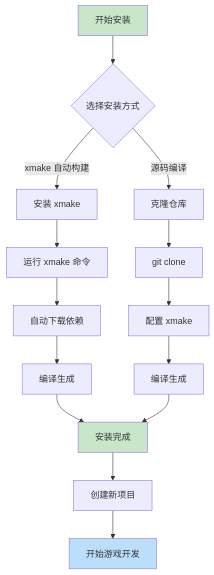
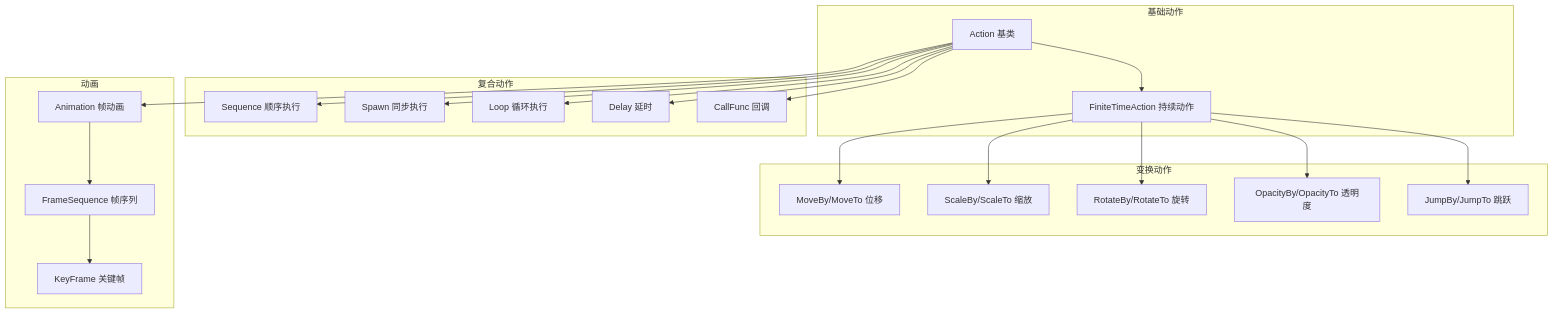
One commit to ChestnutYueyue/Easy2D changed the second of 4 diagrams in README.md. Above: the diagram before and after it, drawn with Mermaid. The commit also changed other lines of this file and 18 other files, not shown here.

````diff
--- a/README.md
+++ b/README.md
@@ -215,25 +118,36 @@
 ```mermaid
-flowchart TD
-    A[开始安装] --> B{选择安装方式}
+flowchart TB
+    subgraph 基础动作
+        A[Action 基类]
+        B[FiniteTimeAction 持续动作]
+    end
     
-    B -->|xmake 自动构建| C[安装 xmake]
-    B -->|源码编译| D[克隆仓库]
+    subgraph 变换动作
+        C[MoveBy/MoveTo 位移]
+        D[ScaleBy/ScaleTo 缩放]
+        E[RotateBy/RotateTo 旋转]
+        F[OpacityBy/OpacityTo 透明度]
+        G[JumpBy/JumpTo 跳跃]
+    end
     
-    C --> E[运行 xmake 命令]
-    E --> F[自动下载依赖]
-    F --> G[编译生成]
+    subgraph 复合动作
+        H[Sequence 顺序执行]
+        I[Spawn 同步执行]
+        J[Loop 循环执行]
+        K[Delay 延时]
+        L[CallFunc 回调]
+    end
     
-    D --> H[git clone]
-    H --> I[配置 xmake]
-    I --> J[编译生成]
+    subgraph 动画
+        M[Animation 帧动画]
+        N[FrameSequence 帧序列]
+        O[KeyFrame 关键帧]
+    end
     
-    G --> L[安装完成]
-    J --> L
-    
-    L --> M[创建新项目]
-    M --> N[开始游戏开发]
-    
-    style A fill:#c8e6c9
-    style L fill:#c8e6c9
-    style N fill:#bbdefb
+    A --> B
+    B --> C & D & E & F & G
+    A --> H & I & J & K & L
+    A --> M
+    M --> N
+    N --> O
 ```
````
